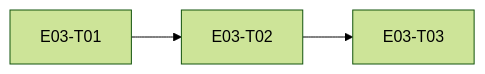
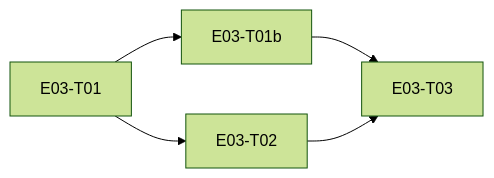
The diagram in epics/E03-e2e-encryption/tracker.md (SHAJED99/nexora), drawn with Mermaid (forest theme) before and after one commit. The commit also changed other lines of this file and 3 other files, not shown here.

````diff
--- a/epics/E03-e2e-encryption/tracker.md
+++ b/epics/E03-e2e-encryption/tracker.md
@@ -13,5 +14,7 @@
 ```mermaid
 graph LR
+  T01[E03-T01] --> T01b[E03-T01b]
   T01[E03-T01] --> T02[E03-T02]
-  T02 --> T03[E03-T03]
+  T01b --> T03[E03-T03]
+  T02 --> T03
 ```
````
